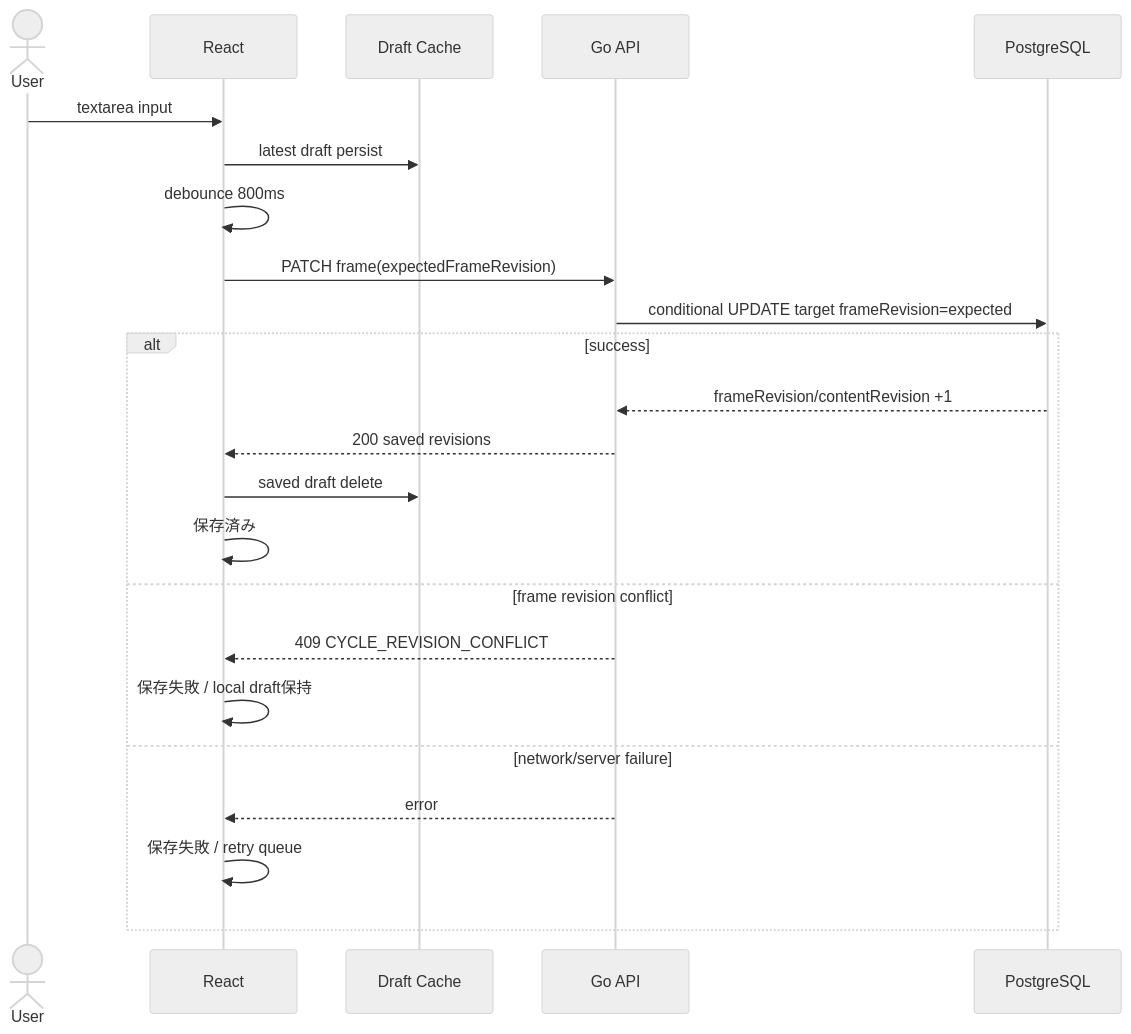
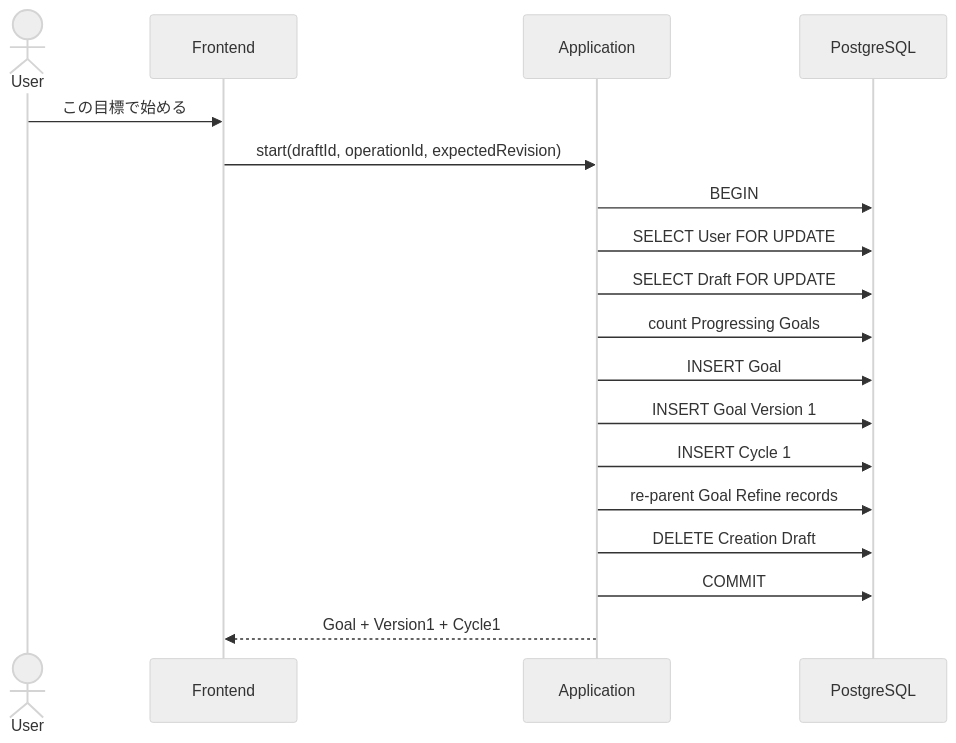
One commit to fukamu/cycle changed the seventh of 12 diagrams in docs/design.md. Above: the diagram before and after it, drawn with Mermaid (neutral theme). The commit also changed other lines of this file, not shown here.

````diff
--- a/docs/design.md
+++ b/docs/design.md
@@ -448,26 +1876,21 @@
 ```mermaid
 sequenceDiagram
     actor U as User
-    participant F as React
-    participant D as Draft Cache
-    participant B as Go API
+    participant F as Frontend
+    participant B as Application
     participant DB as PostgreSQL
 
-    U->>F: textarea input
-    F->>D: latest draft persist
-    F->>F: debounce 800ms
-    F->>B: PATCH frame(expectedFrameRevision)
-    B->>DB: conditional UPDATE target frameRevision=expected
-    alt success
-        DB-->>B: frameRevision/contentRevision +1
-        B-->>F: 200 saved revisions
-        F->>D: saved draft delete
-        F->>F: 保存済み
-    else frame revision conflict
-        B-->>F: 409 CYCLE_REVISION_CONFLICT
-        F->>F: 保存失敗 / local draft保持
-    else network/server failure
-        B-->>F: error
-        F->>F: 保存失敗 / retry queue
-    end
+    U->>F: この目標で始める
+    F->>B: start(draftId, operationId, expectedRevision)
+    B->>DB: BEGIN
+    B->>DB: SELECT User FOR UPDATE
+    B->>DB: SELECT Draft FOR UPDATE
+    B->>DB: count Progressing Goals
+    B->>DB: INSERT Goal
+    B->>DB: INSERT Goal Version 1
+    B->>DB: INSERT Cycle 1
+    B->>DB: re-parent Goal Refine records
+    B->>DB: DELETE Creation Draft
+    B->>DB: COMMIT
+    B-->>F: Goal + Version1 + Cycle1
 ```
````
